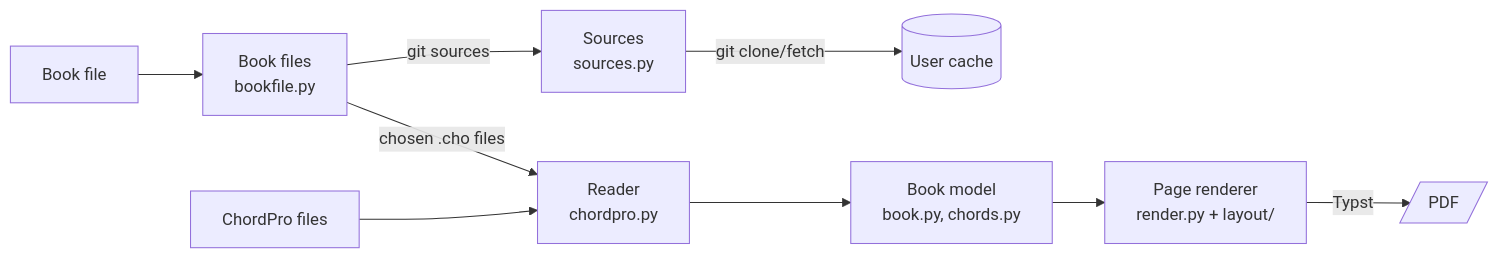
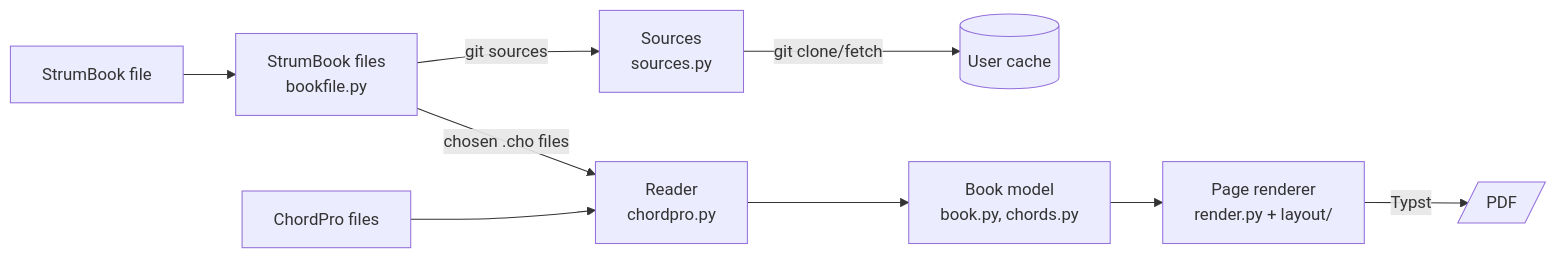
The second of 2 diagrams in docs/architecture.md (sam-tmts/strum-book), drawn with Mermaid before and after one commit. The commit also changed other lines of this file and 7 other files, not shown here.

First line of the commit message:
Document StrumBook files and their types; git is optional

````diff
--- a/docs/architecture.md
+++ b/docs/architecture.md
@@ -27,11 +27,11 @@
 ```mermaid
 flowchart LR
-    toml[Book file] --> bookfile[Book files<br>bookfile.py]
+    toml[StrumBook file] --> bookfile[StrumBook files<br>bookfile.py]
     bookfile -- git sources --> sources[Sources<br>sources.py]
     sources -- git clone/fetch --> cache[(User cache)]
     bookfile -- chosen .cho files --> reader
     cho[ChordPro files] --> reader[Reader<br>chordpro.py]
     reader --> model[Book model<br>book.py, chords.py]
     model --> renderer[Page renderer<br>render.py + layout/]
     renderer -- Typst --> pdf[/PDF/]
 ```
````
